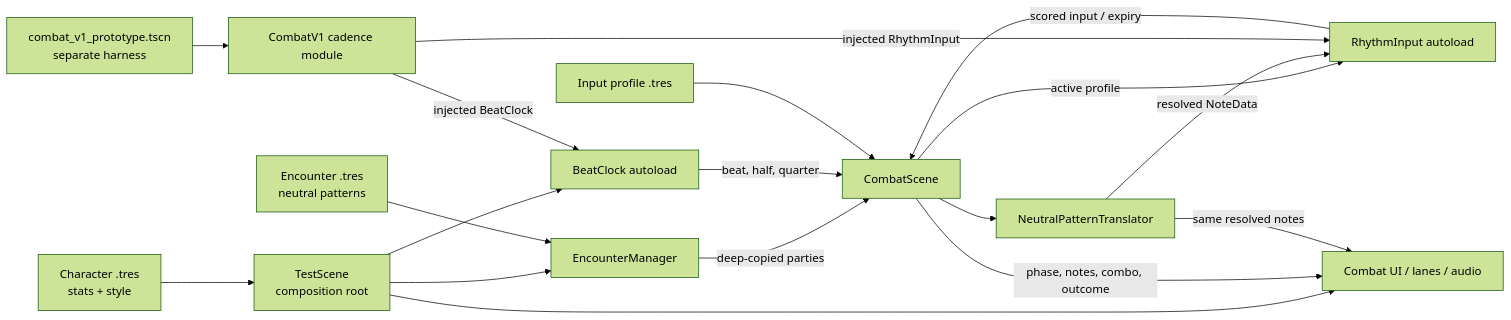
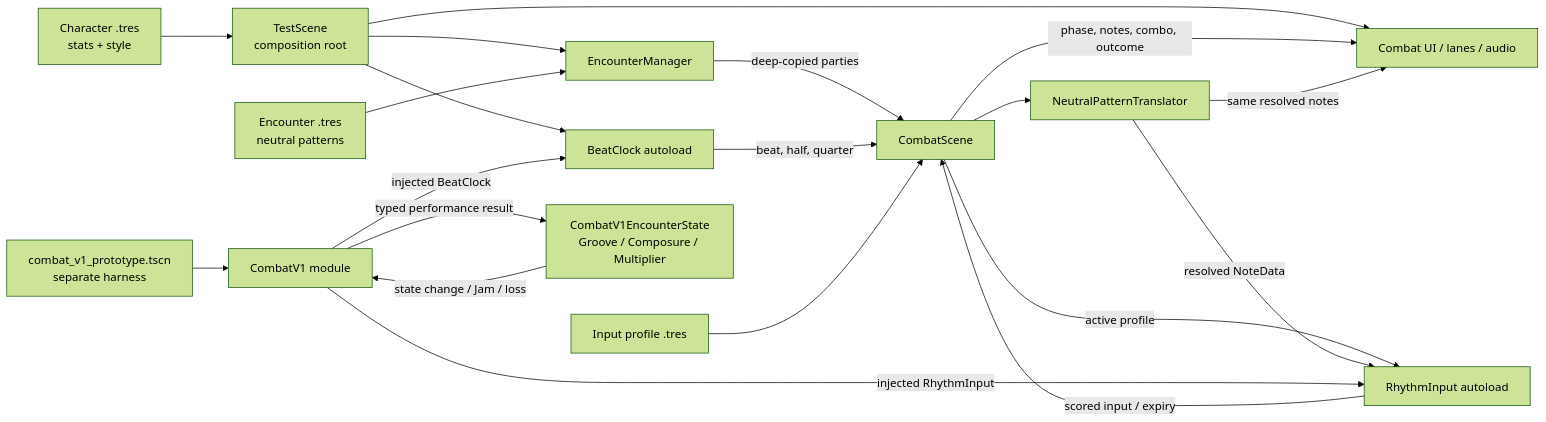
The first of 2 diagrams in docs/ARCHITECTURE.md (Parz1val1/rhythm-game-prototype), drawn with Mermaid (forest theme) before and after one commit. The commit also changed other lines of this file and 6 other files, not shown here.

Commit message:
feat: add Combat V1 encounter state (#10)

````diff
--- a/docs/ARCHITECTURE.md
+++ b/docs/ARCHITECTURE.md
@@ -27,20 +28,22 @@
 ```mermaid
 flowchart LR
     TS[TestScene<br/>composition root] --> BC[BeatClock autoload]
     TS --> EM[EncounterManager]
     TS --> UI[Combat UI / lanes / audio]
     EM -->|deep-copied parties| CS[CombatScene]
     BC -->|beat, half, quarter| CS
     RI[RhythmInput autoload] -->|scored input / expiry| CS
     CS -->|active profile| RI
     CS -->|phase, notes, combo, outcome| UI
     EN[Encounter .tres<br/>neutral patterns] --> EM
     CP[Character .tres<br/>stats + style] --> TS
     IP[Input profile .tres] --> CS
     CS --> NPT[NeutralPatternTranslator]
     NPT -->|resolved NoteData| RI
     NPT -->|same resolved notes| UI
-    V1P[combat_v1_prototype.tscn<br/>separate harness] --> V1[CombatV1 cadence module]
+    V1P[combat_v1_prototype.tscn<br/>separate harness] --> V1[CombatV1 module]
     V1 -->|injected BeatClock| BC
     V1 -->|injected RhythmInput| RI
+    V1 -->|typed performance result| V1S[CombatV1EncounterState<br/>Groove / Composure / Multiplier]
+    V1S -->|state change / Jam / loss| V1
 ```
````
